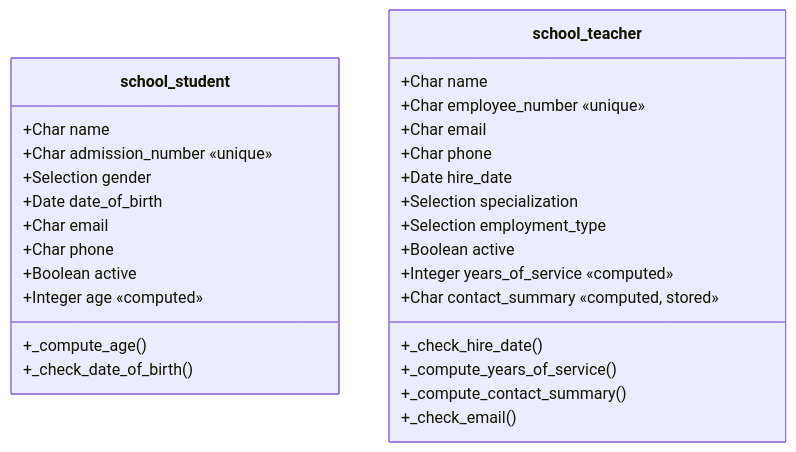
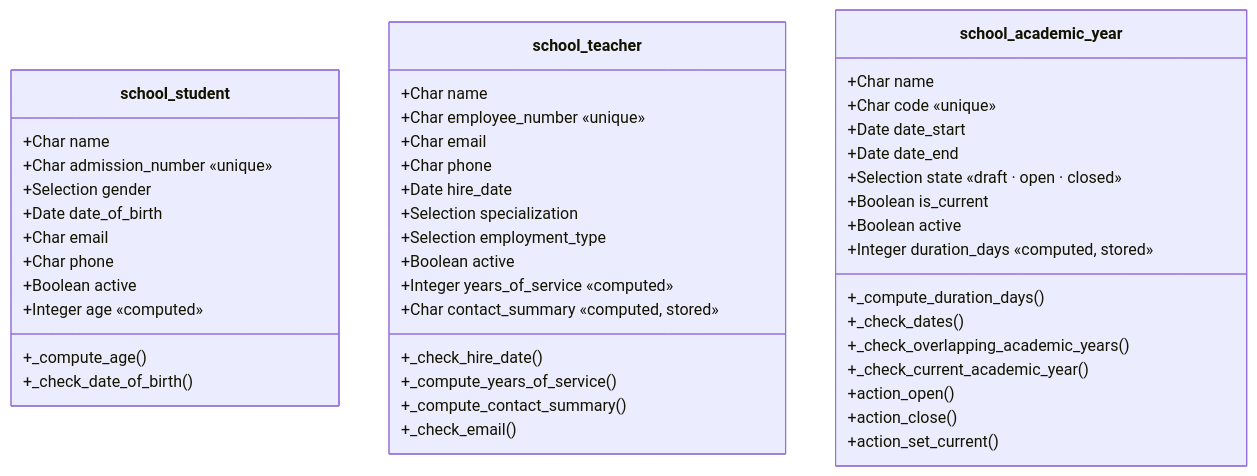
The second of 5 diagrams in README.md (Ahmed-Samy-Omran/school_management), drawn with Mermaid before and after one commit. The commit also changed other lines of this file and 6 other files, not shown here.

First line of the commit message:
feat: add academic year model, views and access rights

````diff
--- a/README.md
+++ b/README.md
@@ -72,32 +88,50 @@
 ```mermaid
 classDiagram
     class school_student {
         +Char name
         +Char admission_number «unique»
         +Selection gender
         +Date date_of_birth
         +Char email
         +Char phone
         +Boolean active
         +Integer age «computed»
         +_compute_age()
         +_check_date_of_birth()
     }
 
     class school_teacher {
         +Char name
         +Char employee_number «unique»
         +Char email
         +Char phone
         +Date hire_date
         +Selection specialization
         +Selection employment_type
         +Boolean active
         +Integer years_of_service «computed»
         +Char contact_summary «computed, stored»
         +_check_hire_date()
         +_compute_years_of_service()
         +_compute_contact_summary()
         +_check_email()
     }
+
+    class school_academic_year {
+        +Char name
+        +Char code «unique»
+        +Date date_start
+        +Date date_end
+        +Selection state «draft · open · closed»
+        +Boolean is_current
+        +Boolean active
+        +Integer duration_days «computed, stored»
+        +_compute_duration_days()
+        +_check_dates()
+        +_check_overlapping_academic_years()
+        +_check_current_academic_year()
+        +action_open()
+        +action_close()
+        +action_set_current()
+    }
 ```
````
